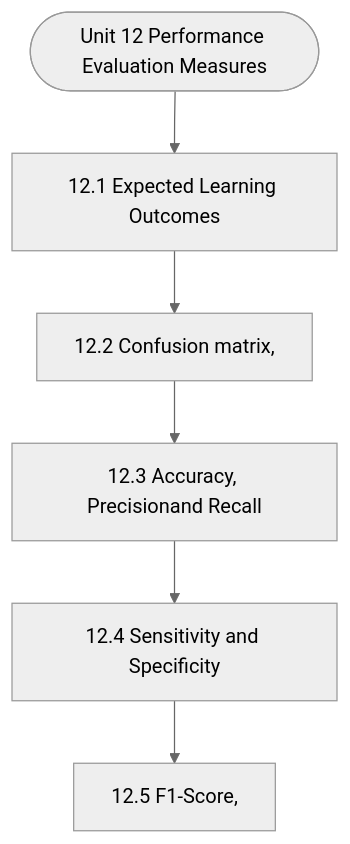
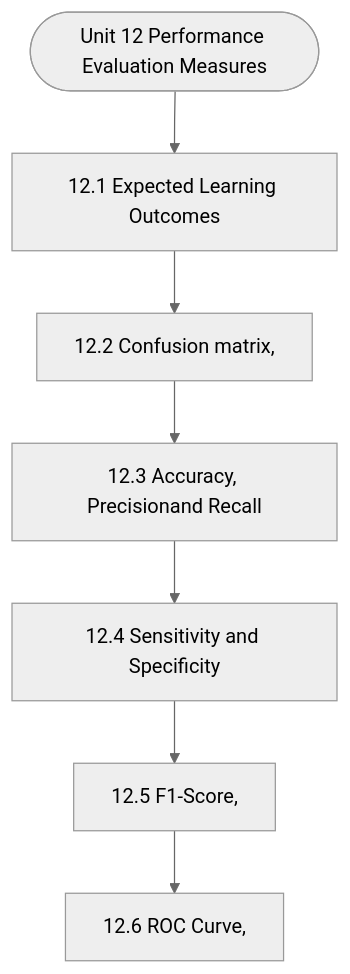
The diagram in notes/Semester_2/MCS-068_Predictive_Data_Analysis/unit_12_Performance_Evaluation_Measures.md (Asutosh-Coaching/mscdsa), drawn with Mermaid (neutral theme) before and after one commit. The commit also changed other lines of this file and 116 other files, not shown here.

````diff
--- a/notes/Semester_2/MCS-068_Predictive_Data_Analysis/unit_12_Performance_Evaluation_Measures.md
+++ b/notes/Semester_2/MCS-068_Predictive_Data_Analysis/unit_12_Performance_Evaluation_Measures.md
@@ -19,14 +19,16 @@
 ```mermaid
 flowchart TD
   Start(["Unit 12 Performance Evaluation Measures"])
   N1["12.1 Expected Learning Outcomes"]
   N2["12.2 Confusion matrix,"]
   N3["12.3 Accuracy, Precisionand Recall"]
   N4["12.4 Sensitivity and Specificity"]
   N5["12.5 F1-Score,"]
+  N6["12.6 ROC Curve,"]
   Start --> N1
   N1 --> N2
   N2 --> N3
   N3 --> N4
   N4 --> N5
+  N5 --> N6
 ```
````
